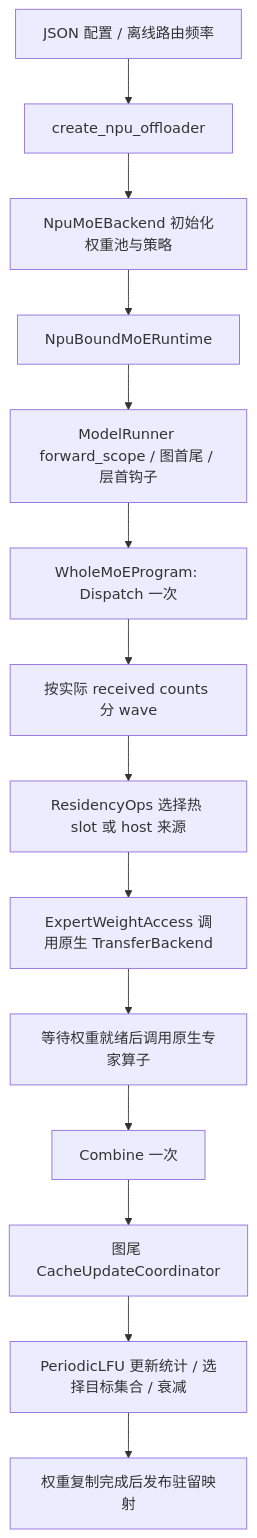
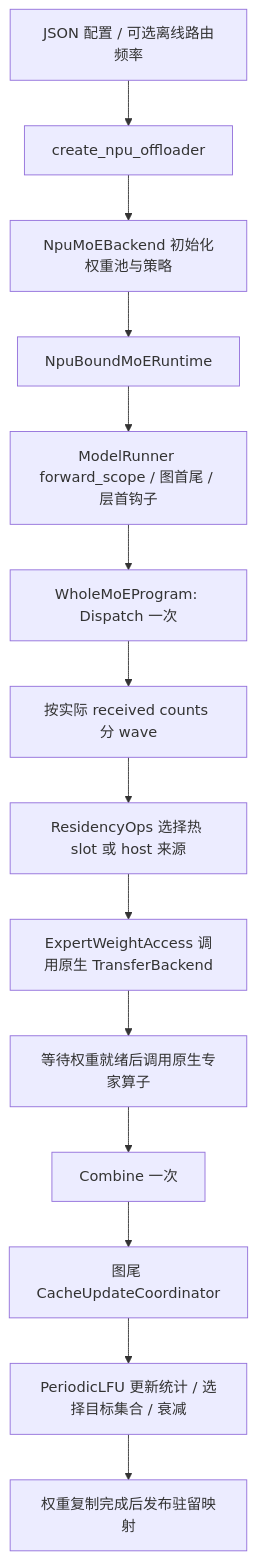
The diagram in python/sglang/srt/offloading/moe/CACHE_DESIGN.zh-CN.md (pachi-33/sglang), drawn with Mermaid before and after one commit. The commit also changed other lines of this file and 14 other files, not shown here.

````diff
--- a/python/sglang/srt/offloading/moe/CACHE_DESIGN.zh-CN.md
+++ b/python/sglang/srt/offloading/moe/CACHE_DESIGN.zh-CN.md
@@ -9,16 +9,16 @@
 ```mermaid
 flowchart TD
-    A[JSON 配置 / 离线路由频率] --> B[create_npu_offloader]
+    A[JSON 配置 / 可选离线路由频率] --> B[create_npu_offloader]
     B --> C[NpuMoEBackend 初始化权重池与策略]
     C --> D[NpuBoundMoERuntime]
     D --> E[ModelRunner forward_scope / 图首尾 / 层首钩子]
     E --> F[WholeMoEProgram: Dispatch 一次]
     F --> G[按实际 received counts 分 wave]
     G --> H[ResidencyOps 选择热 slot 或 host 来源]
     H --> I[ExpertWeightAccess 调用原生 TransferBackend]
     I --> J[等待权重就绪后调用原生专家算子]
     J --> K[Combine 一次]
     K --> L[图尾 CacheUpdateCoordinator]
     L --> M[PeriodicLFU 更新统计 / 选择目标集合 / 衰减]
     M --> N[权重复制完成后发布驻留映射]
 ```
````
